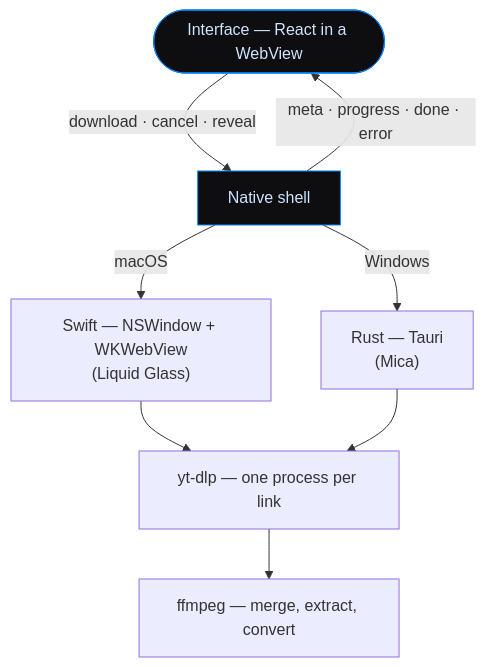
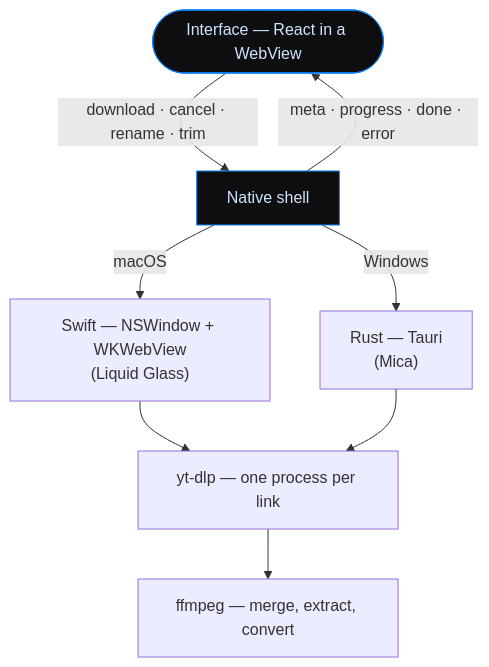
One commit to alexcalatyd/Tap changed the diagram in README.md. Above: the diagram before and after it, drawn with Mermaid. The commit also changed other lines of this file and 12 other files, not shown here.

Commit message:
Rename and trim downloads (mini editor), v1.1

````diff
--- a/README.md
+++ b/README.md
@@ -156,14 +167,14 @@
 ```mermaid
 flowchart TD
-    UI([Interface — React in a WebView]) -->|"download · cancel · reveal"| N[Native shell]
+    UI([Interface — React in a WebView]) -->|"download · cancel · rename · trim"| N[Native shell]
     N -->|"meta · progress · done · error"| UI
 
     N -->|"macOS"| S["Swift — NSWindow + WKWebView\n(Liquid Glass)"]
     N -->|"Windows"| T["Rust — Tauri\n(Mica)"]
     S --> Y["yt-dlp — one process per link"]
     T --> Y
     Y --> F["ffmpeg — merge, extract, convert"]
 
     classDef brand fill:#0e0e10,stroke:#0a84ff,color:#cfe4ff
     class UI,N brand
 ```
````
